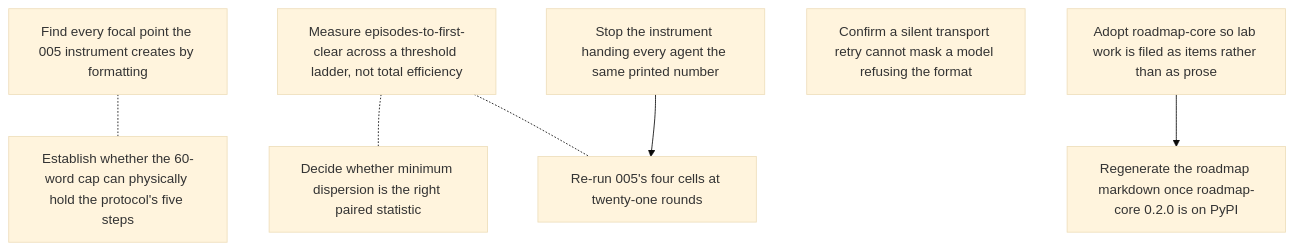
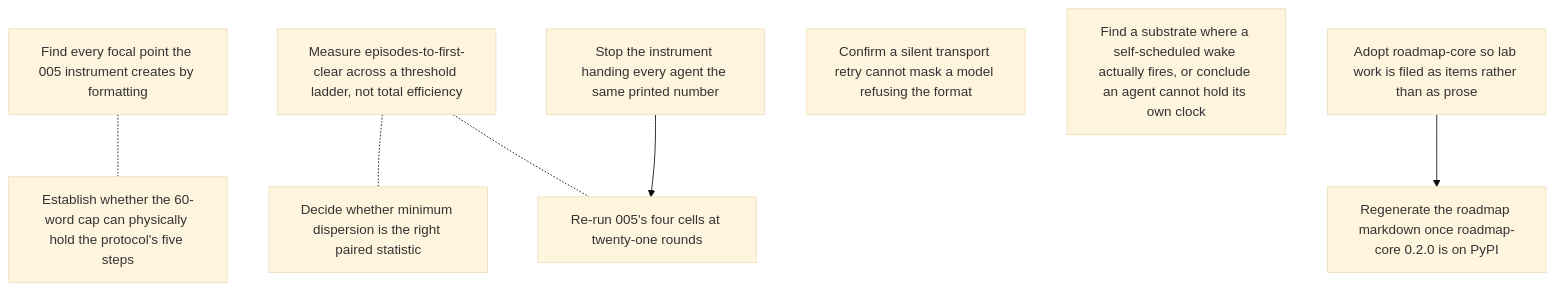
The diagram in roadmap/ROADMAP.md (gald33/ai-lab), drawn with Mermaid (base theme) before and after one commit. The commit also changed other lines of this file and 3 other files, not shown here.

First line of the commit message:
roadmap: 006 — an agent's own clock, and the alarm that has never rung

````diff
--- a/roadmap/ROADMAP.md
+++ b/roadmap/ROADMAP.md
@@ -39,17 +40,18 @@
 ```mermaid
 graph TD
   005_display_precision_artifact["Find every focal point the 005 instrument creates by formatting"]
   005_episodes_to_threshold["Measure episodes-to-first-clear across a threshold ladder, not total efficiency"]
   005_paired_statistic_choice["Decide whether minimum dispersion is the right paired statistic"]
   005_render_precision_fix["Stop the instrument handing every agent the same printed number"]
   005_rerun_at_twenty_one_rounds["Re-run 005's four cells at twenty-one rounds"]
   005_transport_retry_audit["Confirm a silent transport retry cannot mask a model refusing the format"]
   005_word_cap_fits_the_protocol["Establish whether the 60-word cap can physically hold the protocol's five steps"]
+  006_standby_alarm_has_never_rung["Find a substrate where a self-scheduled wake actually fires, or conclude an agent cannot hold its own clock"]
   lab_roadmap_adoption["Adopt roadmap-core so lab work is filed as items rather than as prose"]
   lab_roadmap_core_0_2_0["Regenerate the roadmap markdown once roadmap-core 0.2.0 is on PyPI"]
   005_render_precision_fix --> 005_rerun_at_twenty_one_rounds
   lab_roadmap_adoption --> lab_roadmap_core_0_2_0
   005_display_precision_artifact -.- 005_word_cap_fits_the_protocol
   005_episodes_to_threshold -.- 005_paired_statistic_choice
   005_episodes_to_threshold -.- 005_rerun_at_twenty_one_rounds
 ```
````
